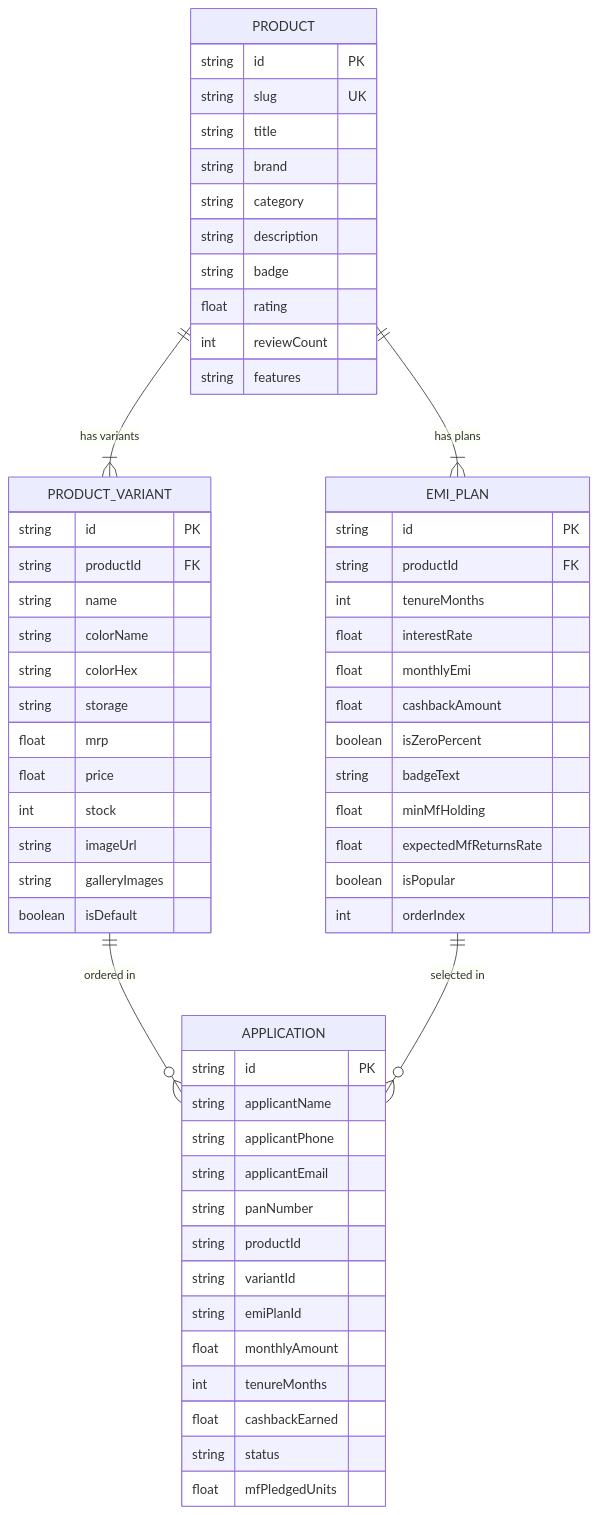
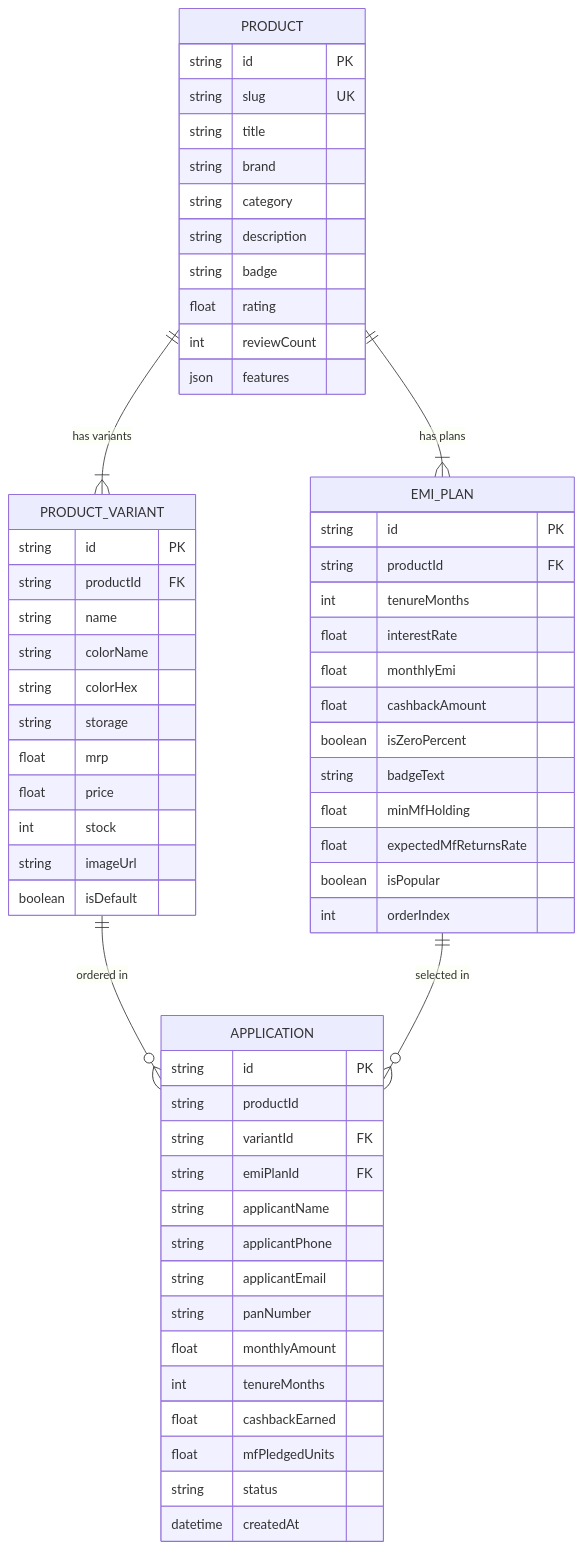
The diagram in README.md (Aditya-9131/1fi-mutual-fund-emi-app), drawn with Mermaid before and after one commit. The commit also changed other lines of this file, not shown here.

Commit message:
docs: rewrite README with proper structure, real repo link, API reference, ERD, and setup guide

````diff
--- a/README.md
+++ b/README.md
@@ -272,66 +366,66 @@
 ```mermaid
 erDiagram
     PRODUCT ||--|{ PRODUCT_VARIANT : "has variants"
     PRODUCT ||--|{ EMI_PLAN : "has plans"
     PRODUCT_VARIANT ||--o{ APPLICATION : "ordered in"
     EMI_PLAN ||--o{ APPLICATION : "selected in"
 
     PRODUCT {
         string id PK
         string slug UK
         string title
         string brand
         string category
         string description
         string badge
         float rating
         int reviewCount
-        string features
+        json features
     }
 
     PRODUCT_VARIANT {
         string id PK
         string productId FK
         string name
         string colorName
         string colorHex
         string storage
         float mrp
         float price
         int stock
         string imageUrl
-        string galleryImages
         boolean isDefault
     }
 
     EMI_PLAN {
         string id PK
         string productId FK
         int tenureMonths
         float interestRate
         float monthlyEmi
         float cashbackAmount
         boolean isZeroPercent
         string badgeText
         float minMfHolding
         float expectedMfReturnsRate
         boolean isPopular
         int orderIndex
     }
 
     APPLICATION {
         string id PK
+        string productId
+        string variantId FK
+        string emiPlanId FK
         string applicantName
         string applicantPhone
         string applicantEmail
         string panNumber
-        string productId
-        string variantId
-        string emiPlanId
         float monthlyAmount
         int tenureMonths
         float cashbackEarned
+        float mfPledgedUnits
         string status
-        float mfPledgedUnits
+        datetime createdAt
     }
 ```
````
